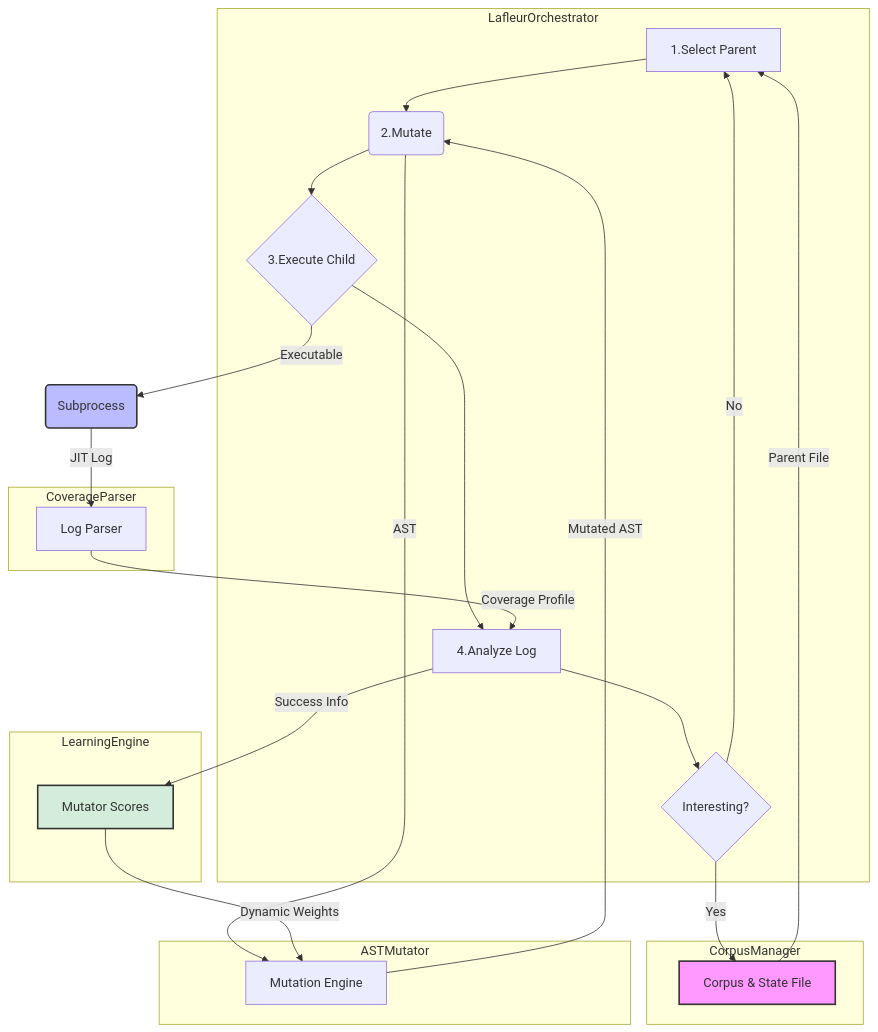
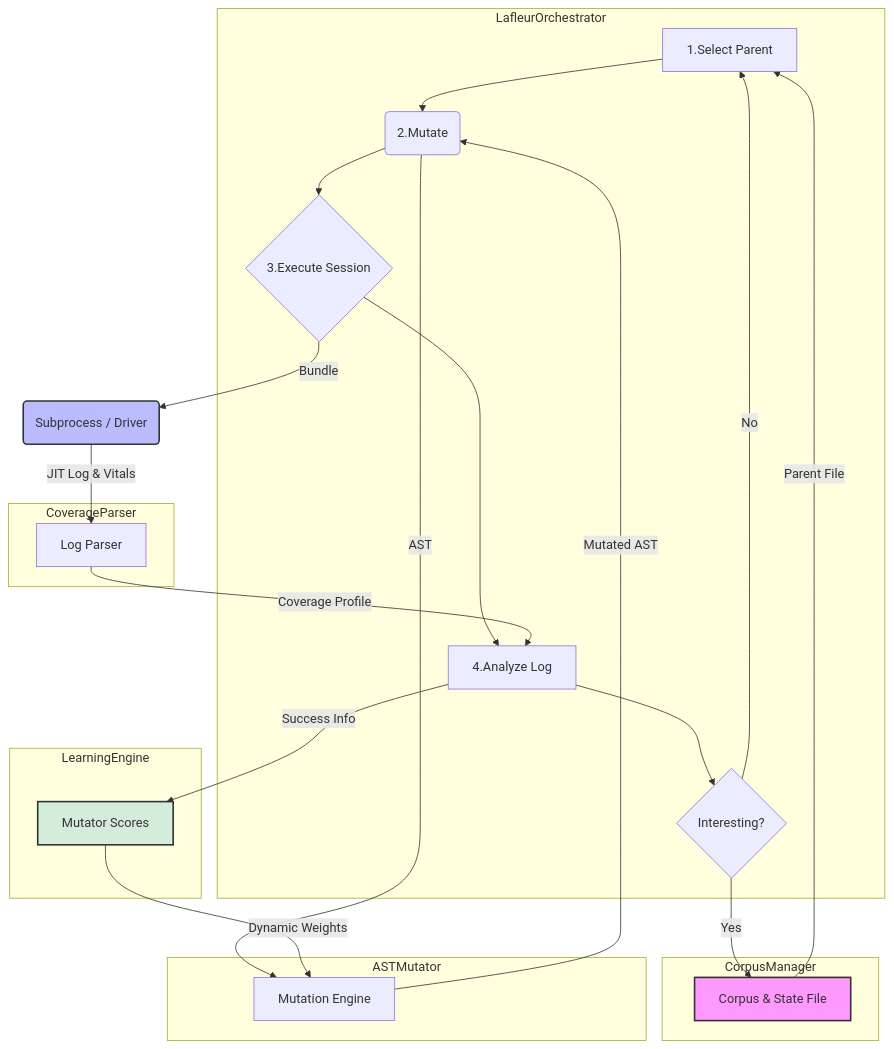
One commit to devdanzin/lafleur changed the diagram in doc/dev/01_architecture_overview.md. Above: the diagram before and after it, drawn with Mermaid. The commit also changed other lines of this file and 5 other files, not shown here.

````diff
--- a/doc/dev/01_architecture_overview.md
+++ b/doc/dev/01_architecture_overview.md
@@ -24,42 +37,42 @@
 ```mermaid
 flowchart TD
     subgraph LafleurOrchestrator
         A[1.Select Parent] --> B(2.Mutate);
-        B --> C{3.Execute Child};
+        B --> C{3.Execute Session};
         C --> D[4.Analyze Log];
         D --> E{Interesting?};
     end
 
     subgraph CorpusManager
         F[Corpus & State File]
     end
 
     subgraph ASTMutator
         G[Mutation Engine]
     end
 
     subgraph CoverageParser
         H[Log Parser]
     end
 
     subgraph LearningEngine
         J[Mutator Scores]
     end
 
     F -- Parent File --> A;
     B -- AST --> G;
     G -- Mutated AST --> B;
-    C -- Executable --> I(Subprocess);
-    I -- JIT Log --> H;
+    C -- Bundle --> I(Subprocess / Driver);
+    I -- JIT Log & Vitals --> H;
     H -- Coverage Profile --> D;
     
     E -- Yes --> F;
     E -- No --> A;
 
     D -- Success Info --> J;
     J -- Dynamic Weights --> G;
 
     style F fill:#f9f,stroke:#333,stroke-width:2px
     style I fill:#bbf,stroke:#333,stroke-width:2px
     style J fill:#d4edda,stroke:#333,stroke-width:2px
 ```
````
